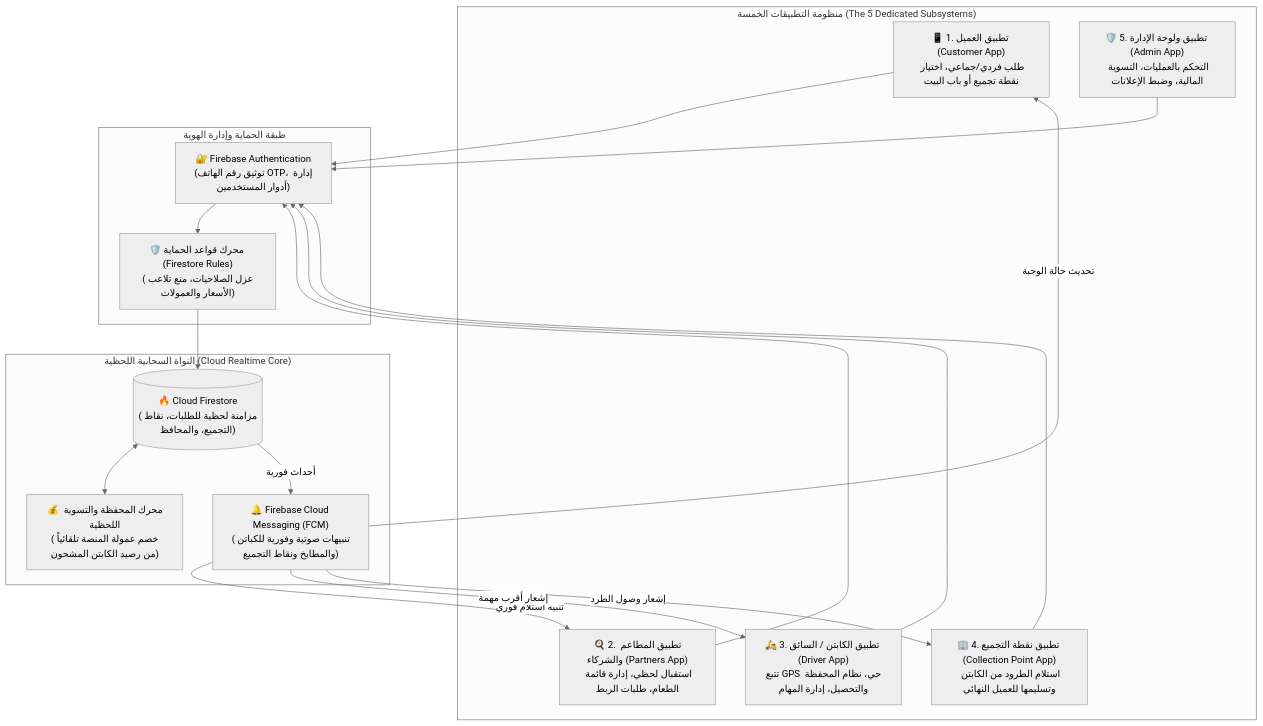
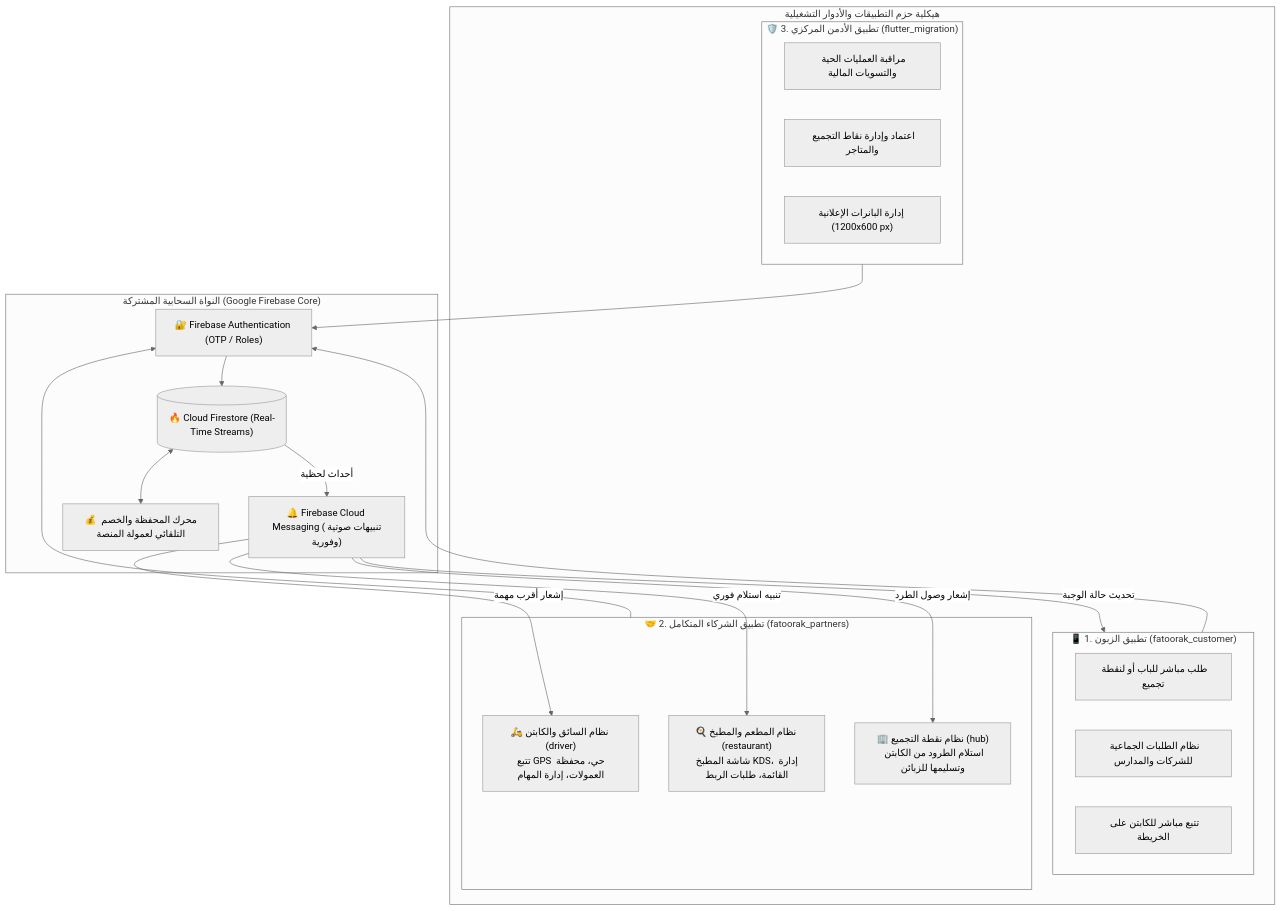
Before and after one commit to ahmadrashed2589-hue/Fatoorak-System-Architecture: the diagram in README.md, drawn with Mermaid (neutral theme). The commit also changed other lines of this file and 1 other file, not shown here.

Commit message:
docs: map detailed codebase structure for customer, admin, and 3-in-1 partners app

````diff
--- a/README.md
+++ b/README.md
@@ -31,31 +36,41 @@
 ```mermaid
 flowchart TD
-    subgraph Ecosystem_Apps ["منظومة التطبيقات الخمسة (The 5 Dedicated Subsystems)"]
-        APP_CLIENT["📱 1. تطبيق العميل (Customer App)\nطلب فردي/جماعي، اختيار نقطة تجميع أو باب البيت"]
-        APP_RESTAURANT["🍳 2. تطبيق المطاعم والشركاء (Partners App)\nاستقبال لحظي، إدارة قائمة الطعام، طلبات الربط"]
-        APP_CAPTAIN["🛵 3. تطبيق الكابتن / السائق (Driver App)\nتتبع GPS حي، نظام المحفظة والتحصيل، إدارة المهام"]
-        APP_POINT["🏢 4. تطبيق نقطة التجميع (Collection Point App)\nاستلام الطرود من الكابتن وتسليمها للعميل النهائي"]
-        APP_ADMIN["🛡️ 5. تطبيق ولوحة الإدارة (Admin App)\nالتحكم بالعمليات، التسوية المالية، وضبط الإعلانات"]
+    subgraph Apps_Structure ["هيكلية حزم التطبيقات والأدوار التشغيلية"]
+        subgraph Customer_App ["📱 1. تطبيق الزبون (fatoorak_customer)"]
+            C_ORDER["طلب مباشر للباب أو لنقطة تجميع"]
+            C_GROUP["نظام الطلبات الجماعية للشركات والمدارس"]
+            C_TRACK["تتبع مباشر للكابتن على الخريطة"]
+        end
+
+        subgraph Partners_App ["🤝 2. تطبيق الشركاء المتكامل (fatoorak_partners)"]
+            P_DRIVER["🛵 نظام السائق والكابتن (driver)
+تتبع GPS حي، محفظة العمولات، إدارة المهام"]
+            P_REST["🍳 نظام المطعم والمطبخ (restaurant)
+شاشة المطبخ KDS، إدارة القائمة، طلبات الربط"]
+            P_HUB["🏢 نظام نقطة التجميع (hub)
+استلام الطرود من الكابتن وتسليمها للزبائن"]
+        end
+
+        subgraph Admin_App ["🛡️ 3. تطبيق الأدمن المركزي (flutter_migration)"]
+            A_MONITOR["مراقبة العمليات الحية والتسويات المالية"]
+            A_HUBS["اعتماد وإدارة نقاط التجميع والمتاجر"]
+            A_ADS["إدارة البانرات الإعلانية (1200x600 px)"]
+        end
     end
 
-    subgraph Security_Identity ["طبقة الحماية وإدارة الهوية"]
-        AUTH["🔐 Firebase Authentication\n(توثيق رقم الهاتف OTP، إدارة أدوار المستخدمين)"]
-        RULES["🛡️ محرك قواعد الحماية (Firestore Rules)\n(عزل الصلاحيات، منع تلاعب الأسعار والعمولات)"]
+    subgraph Cloud_Core ["النواة السحابية المشتركة (Google Firebase Core)"]
+        AUTH["🔐 Firebase Authentication (OTP / Roles)"]
+        DB[("🔥 Cloud Firestore (Real-Time Streams)")]
+        FCM["🔔 Firebase Cloud Messaging (تنبيهات صوتية وفورية)"]
+        WALLET["💰 محرك المحفظة والخصم التلقائي لعمولة المنصة"]
     end
 
-    subgraph Cloud_Engine ["النواة السحابية اللحظية (Cloud Realtime Core)"]
-        DB[("🔥 Cloud Firestore\n(مزامنة لحظية للطلبات، نقاط التجميع، والمحافظ)")]
-        FCM["🔔 Firebase Cloud Messaging (FCM)\n(تنبيهات صوتية وفورية للكباتن والمطابخ ونقاط التجميع)"]
-        WALLET["💰 محرك المحفظة والتسوية اللحظية\n(خصم عمولة المنصة تلقائياً من رصيد الكابتن المشحون)"]
-    end
-
-    APP_CLIENT & APP_RESTAURANT & APP_CAPTAIN & APP_POINT & APP_ADMIN --> AUTH
-    AUTH --> RULES
-    RULES --> DB
+    Customer_App & Partners_App & Admin_App --> AUTH
+    AUTH --> DB
     DB <--> WALLET
-    DB -- أحداث فورية --> FCM
-    FCM -->|تنبيه استلام فوري| APP_RESTAURANT
-    FCM -->|إشعار أقرب مهمة| APP_CAPTAIN
-    FCM -->|إشعار وصول الطرد| APP_POINT
-    FCM -->|تحديث حالة الوجبة| APP_CLIENT
+    DB -- أحداث لحظية --> FCM
+    FCM -->|تنبيه استلام فوري| P_REST
+    FCM -->|إشعار أقرب مهمة| P_DRIVER
+    FCM -->|إشعار وصول الطرد| P_HUB
+    FCM -->|تحديث حالة الوجبة| Customer_App
 ```
````
